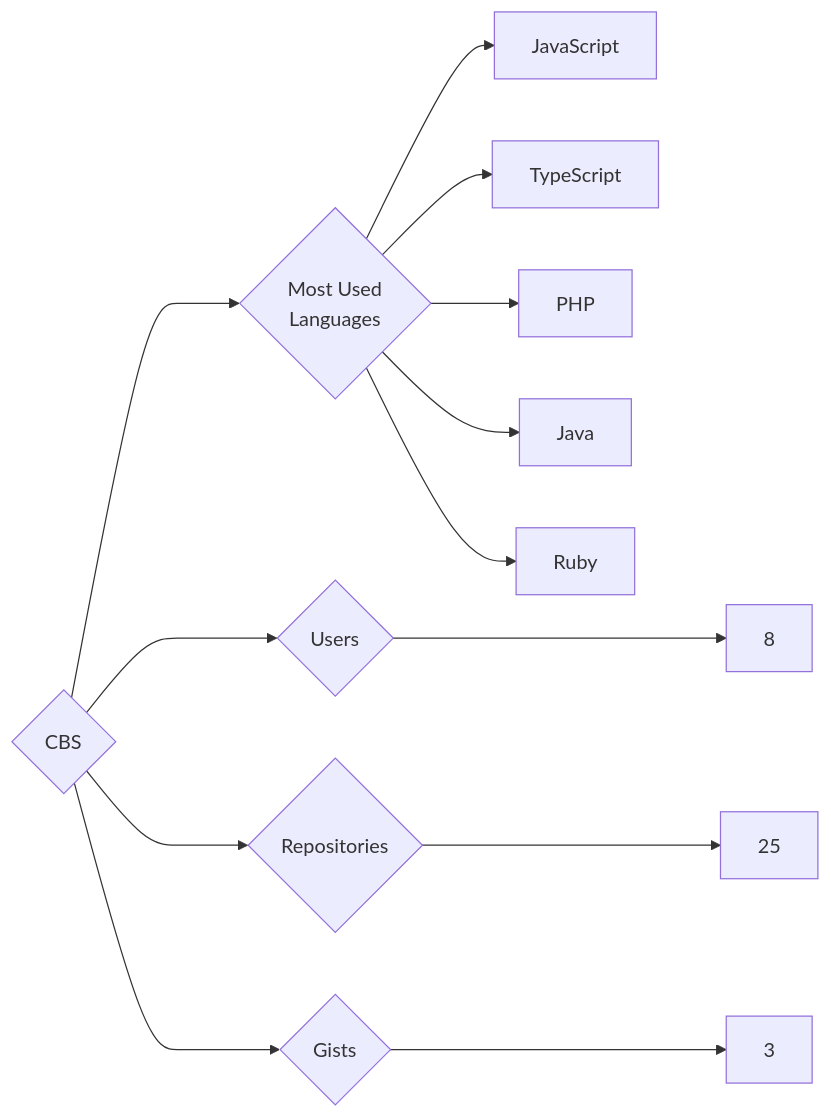
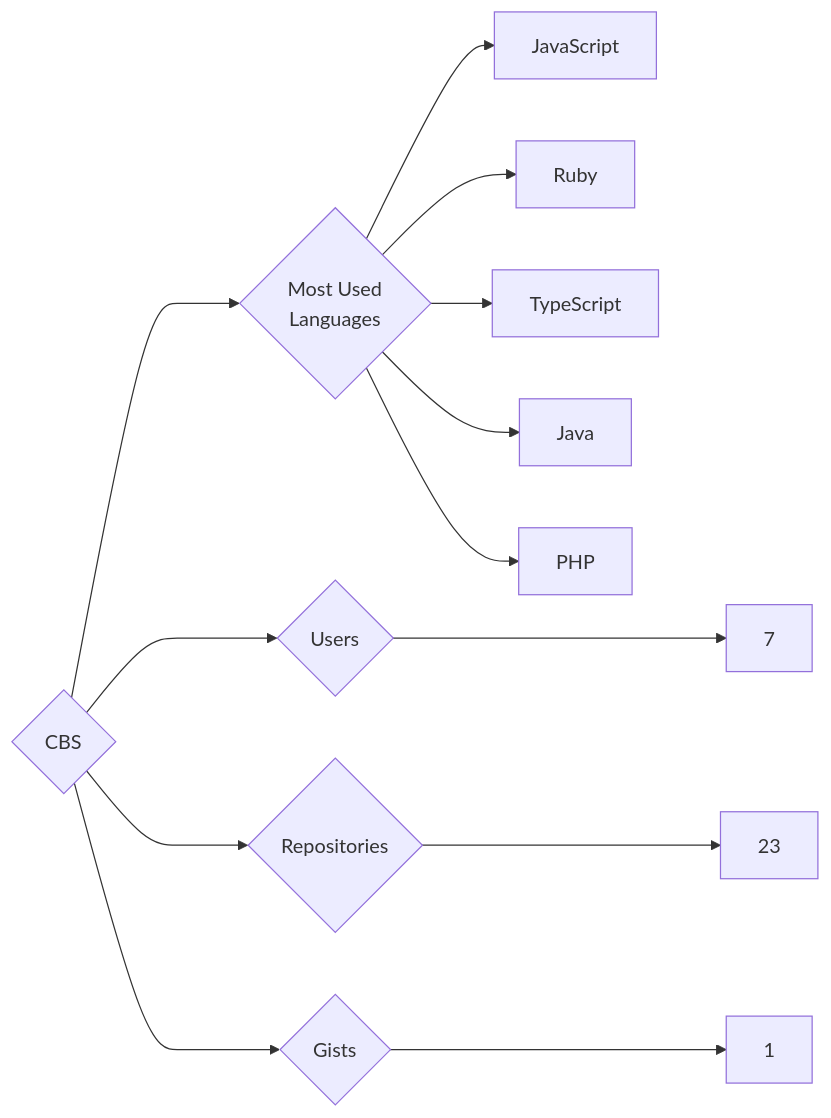
Before and after one commit to trickest/insiders: the diagram in targets/CBS/README.md, drawn with Mermaid. The commit also changed 873 other files, not shown here.

````diff
--- a/targets/CBS/README.md
+++ b/targets/CBS/README.md
@@ -3,13 +3,13 @@
 ```mermaid
 graph LR
 COMPANY_NAME{CBS}
-COMPANY_NAME ---> U{Users} ---> UN[8]
-COMPANY_NAME ---> R{Repositories} ---> RN[25]
-COMPANY_NAME ---> G{Gists} ---> GN[3]
+COMPANY_NAME ---> U{Users} ---> UN[7]
+COMPANY_NAME ---> R{Repositories} ---> RN[23]
+COMPANY_NAME ---> G{Gists} ---> GN[1]
 COMPANY_NAME ---> ML{Most Used<br>Languages}
 ML --> JavaScript[JavaScript]
+ML --> Ruby[Ruby]
 ML --> TypeScript[TypeScript]
+ML --> Java[Java]
 ML --> PHP[PHP]
-ML --> Java[Java]
-ML --> Ruby[Ruby]
 ```
````
